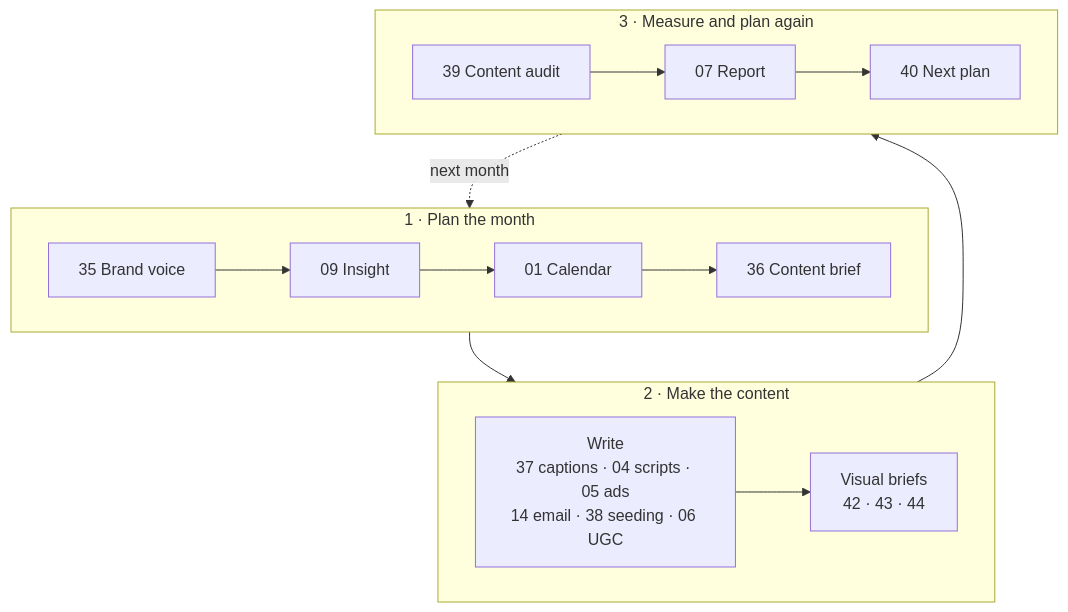
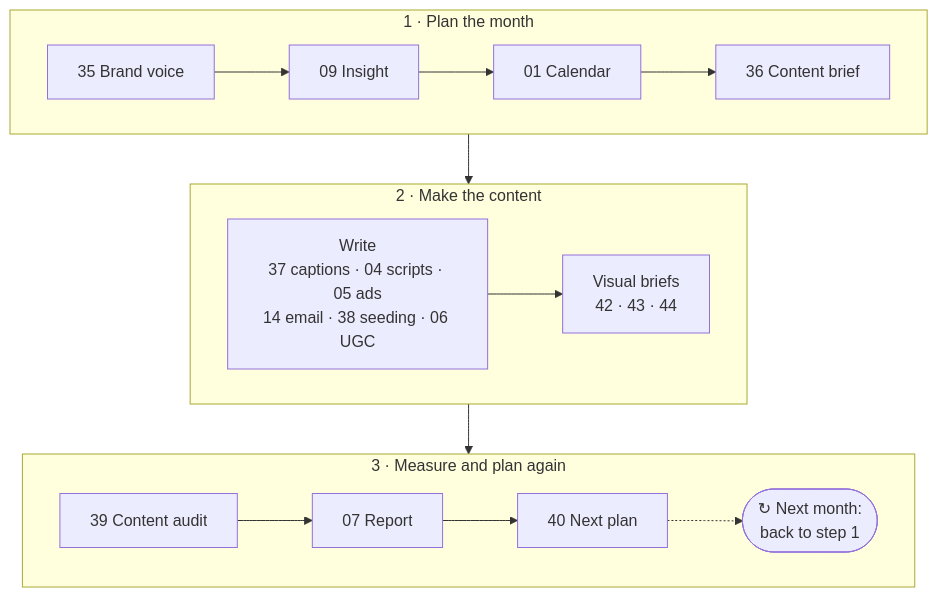
The fifth of 8 diagrams in README.md (minhnv0807/ai-business-skills), drawn with Mermaid before and after one commit. The commit also changed other lines of this file and 1 other file, not shown here.

First line of the commit message:
docs(readme): end each loop with a back-to-step-1 node and make the skill picker a table

````diff
--- a/README.md
+++ b/README.md
@@ -277,17 +275,16 @@
 ```mermaid
 flowchart TB
     subgraph PREP["1 · Plan the month"]
         direction LR
         V["35 Brand voice"] --> I["09 Insight"] --> CAL["01 Calendar"] --> BR["36 Content brief"]
     end
     subgraph MAKE["2 · Make the content"]
         direction LR
         W["Write<br/>37 captions · 04 scripts · 05 ads<br/>14 email · 38 seeding · 06 UGC"] --> VIS["Visual briefs<br/>42 · 43 · 44"]
     end
     subgraph LEARN["3 · Measure and plan again"]
         direction LR
-        AU["39 Content audit"] --> RP["07 Report"] --> NX["40 Next plan"]
+        AU["39 Content audit"] --> RP["07 Report"] --> NX["40 Next plan"] -.-> AGAIN(["↻ Next month:<br/>back to step 1"])
     end
     PREP --> MAKE --> LEARN
-    LEARN -.->|next month| PREP
 ```
````
